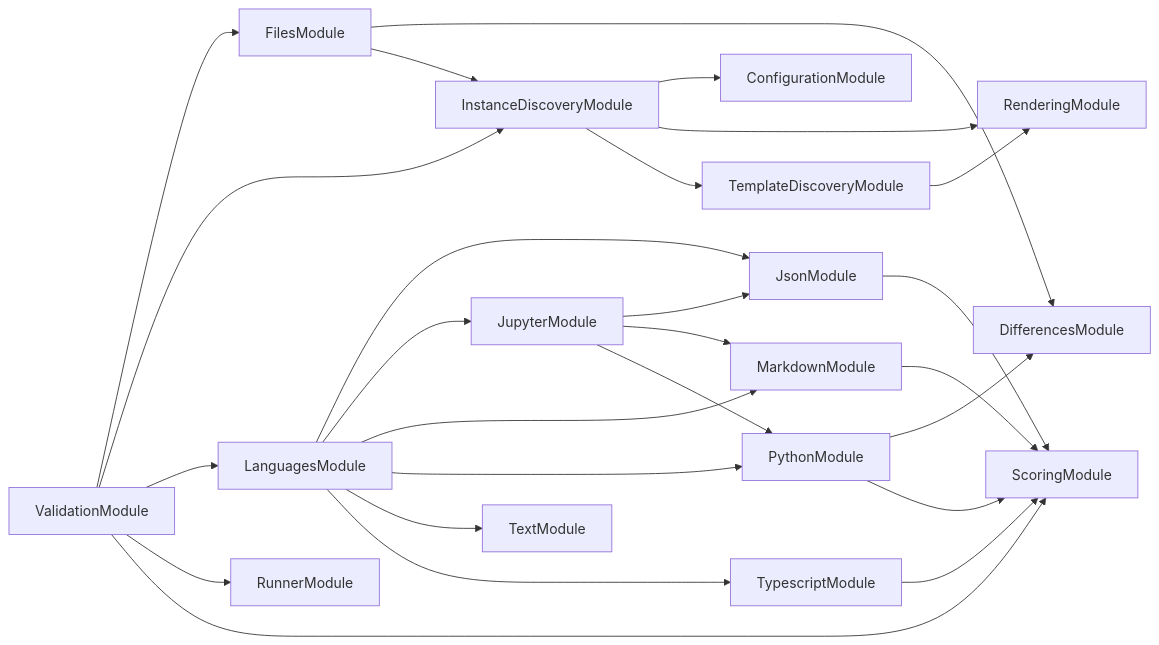
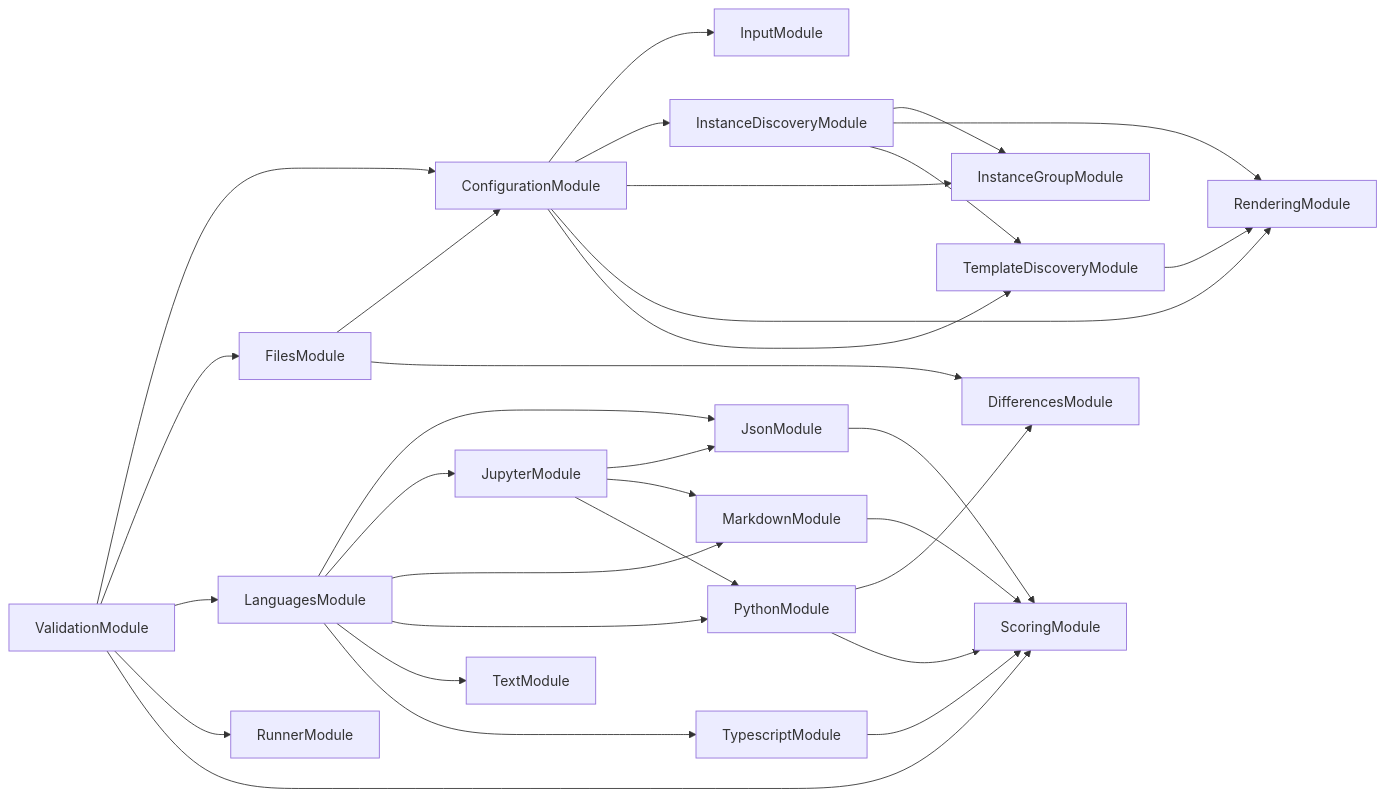
Before and after one commit to JimmyPaolini/codebase: the second of 3 diagrams in packages/ic-suite/conformetry/conformetry-validation/README.md, drawn with Mermaid. The commit also changed 17 other files, not shown here.

````diff
--- a/packages/ic-suite/conformetry/conformetry-validation/README.md
+++ b/packages/ic-suite/conformetry/conformetry-validation/README.md
@@ -189,44 +189,51 @@
 ```mermaid
 flowchart LR
   ConfigurationModule
   DifferencesModule
   FilesModule
+  InputModule
   InstanceDiscoveryModule
+  InstanceGroupModule
   JsonModule
   JupyterModule
   LanguagesModule
   MarkdownModule
   PythonModule
   RenderingModule
   RunnerModule
   ScoringModule
   TemplateDiscoveryModule
   TextModule
   TypescriptModule
   ValidationModule
+  ConfigurationModule --> InputModule
+  ConfigurationModule --> InstanceDiscoveryModule
+  ConfigurationModule --> InstanceGroupModule
+  ConfigurationModule --> RenderingModule
+  ConfigurationModule --> TemplateDiscoveryModule
+  FilesModule --> ConfigurationModule
   FilesModule --> DifferencesModule
-  FilesModule --> InstanceDiscoveryModule
-  InstanceDiscoveryModule --> ConfigurationModule
+  InstanceDiscoveryModule --> InstanceGroupModule
   InstanceDiscoveryModule --> RenderingModule
   InstanceDiscoveryModule --> TemplateDiscoveryModule
   JsonModule --> ScoringModule
   JupyterModule --> JsonModule
   JupyterModule --> MarkdownModule
   JupyterModule --> PythonModule
   LanguagesModule --> JsonModule
   LanguagesModule --> JupyterModule
   LanguagesModule --> MarkdownModule
   LanguagesModule --> PythonModule
   LanguagesModule --> TextModule
   LanguagesModule --> TypescriptModule
   MarkdownModule --> ScoringModule
   PythonModule --> DifferencesModule
   PythonModule --> ScoringModule
   TemplateDiscoveryModule --> RenderingModule
   TypescriptModule --> ScoringModule
+  ValidationModule --> ConfigurationModule
   ValidationModule --> FilesModule
-  ValidationModule --> InstanceDiscoveryModule
   ValidationModule --> LanguagesModule
   ValidationModule --> RunnerModule
   ValidationModule --> ScoringModule
 ```
````
